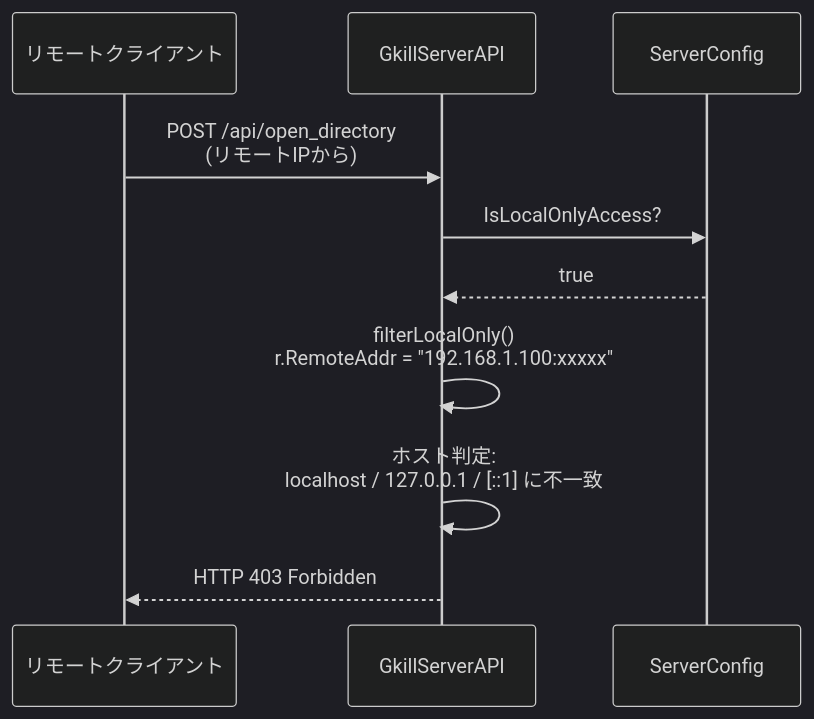
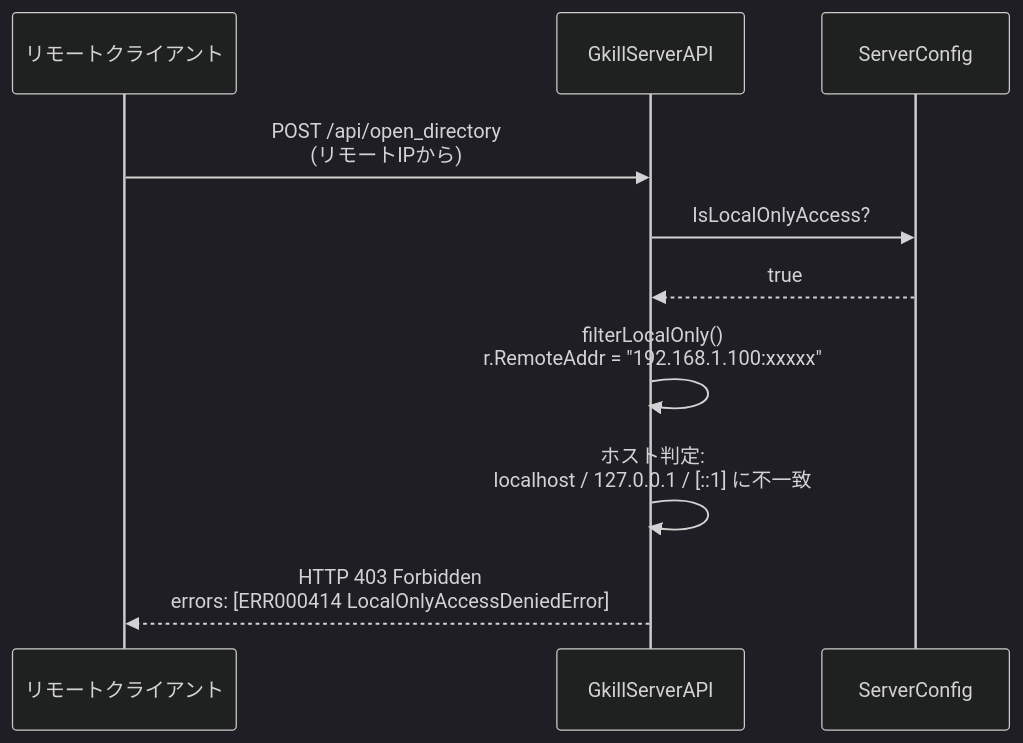
One commit to mt3hr/gkill changed diagram 28 of 29 in documents/reverse/sequence-diagrams.md. Above: the diagram before and after it, drawn with Mermaid (dark theme). The commit also changed 135 other files, not shown here.

````diff
--- a/documents/reverse/sequence-diagrams.md
+++ b/documents/reverse/sequence-diagrams.md
@@ -996,15 +996,15 @@
 ```mermaid
 sequenceDiagram
     participant Client as リモートクライアント
     participant API as GkillServerAPI
     participant Config as ServerConfig
 
     Client->>API: POST /api/open_directory<br>(リモートIPから)
     API->>Config: IsLocalOnlyAccess?
     Config-->>API: true
 
     API->>API: filterLocalOnly()<br>r.RemoteAddr = "192.168.1.100:xxxxx"
     API->>API: ホスト判定:<br>localhost / 127.0.0.1 / [::1] に不一致
 
-    API-->>Client: HTTP 403 Forbidden
+    API-->>Client: HTTP 403 Forbidden<br>errors: [ERR000414 LocalOnlyAccessDeniedError]
 ```
````
